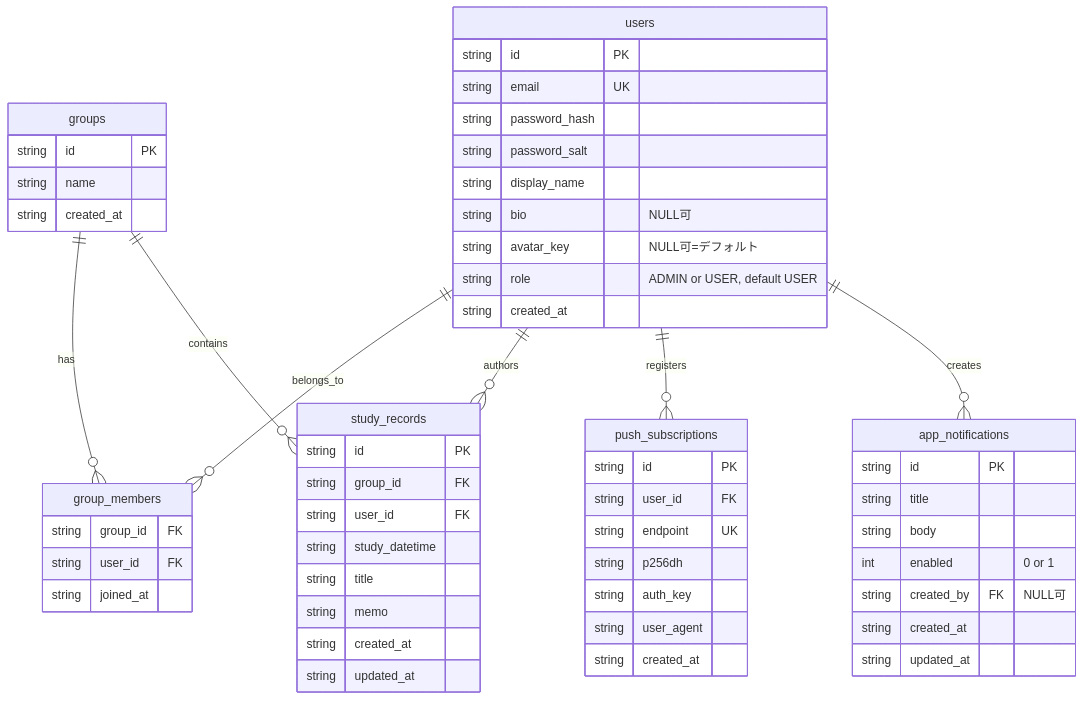
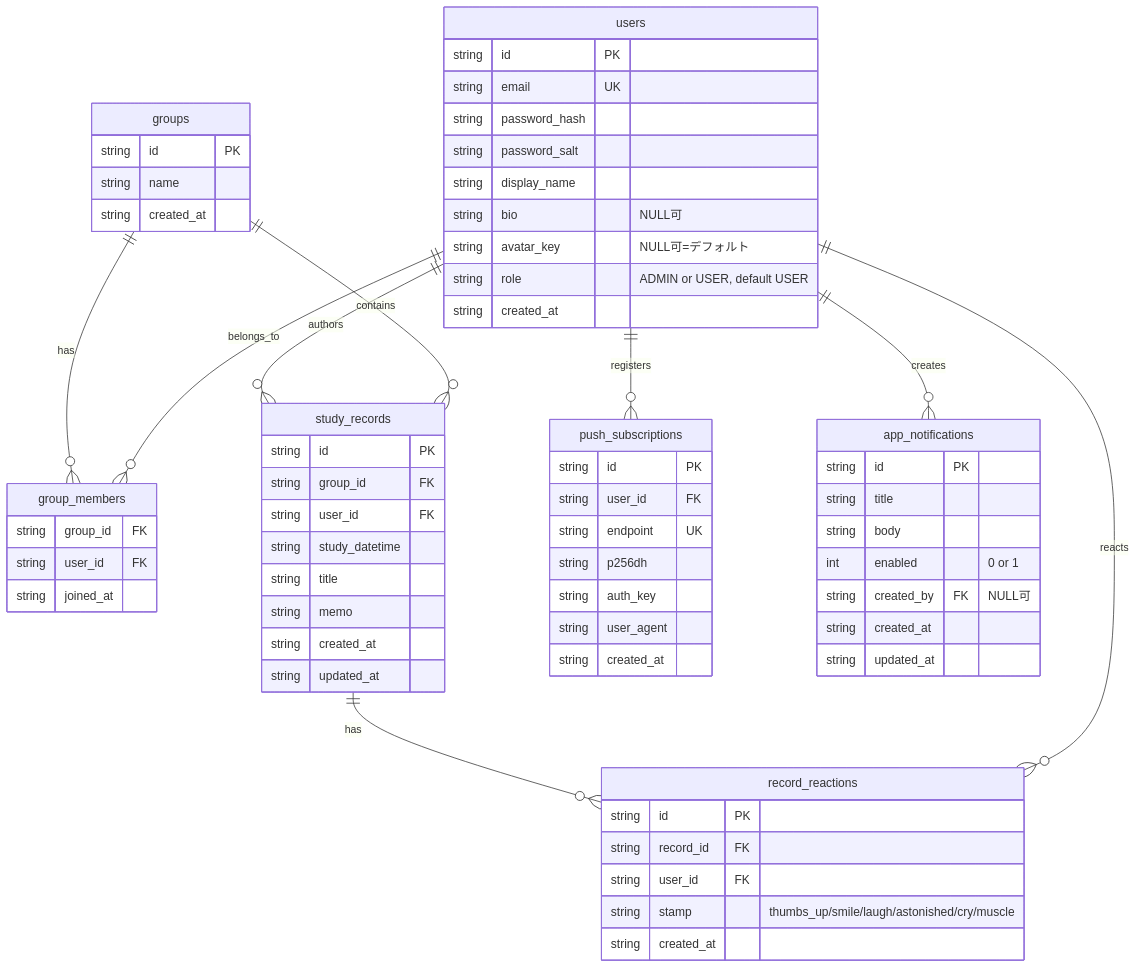
One commit to Hossori/shared-study-logger changed the diagram in docs/data-model.md. Above: the diagram before and after it, drawn with Mermaid. The commit also changed other lines of this file and 15 other files, not shown here.

````diff
--- a/docs/data-model.md
+++ b/docs/data-model.md
@@ -8,59 +8,68 @@
 ```mermaid
 erDiagram
   users ||--o{ group_members : belongs_to
   groups ||--o{ group_members : has
   groups ||--o{ study_records : contains
   users ||--o{ study_records : authors
+  users ||--o{ record_reactions : reacts
+  study_records ||--o{ record_reactions : has
   users ||--o{ push_subscriptions : registers
   users ||--o{ app_notifications : creates
 
   users {
     string id PK
     string email UK
     string password_hash
     string password_salt
     string display_name
     string bio "NULL可"
     string avatar_key "NULL可=デフォルト"
     string role "ADMIN or USER, default USER"
     string created_at
   }
   groups {
     string id PK
     string name
     string created_at
   }
   group_members {
     string group_id FK
     string user_id FK
     string joined_at
   }
   study_records {
     string id PK
     string group_id FK
     string user_id FK
     string study_datetime
     string title
     string memo
     string created_at
     string updated_at
   }
+  record_reactions {
+    string id PK
+    string record_id FK
+    string user_id FK
+    string stamp "thumbs_up/smile/laugh/astonished/cry/muscle"
+    string created_at
+  }
   push_subscriptions {
     string id PK
     string user_id FK
     string endpoint UK
     string p256dh
     string auth_key
     string user_agent
     string created_at
   }
   app_notifications {
     string id PK
     string title
     string body
     int enabled "0 or 1"
     string created_by FK "NULL可"
     string created_at
     string updated_at
   }
 ```
````
